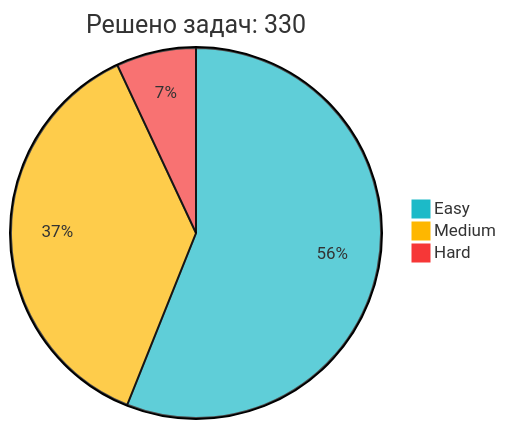
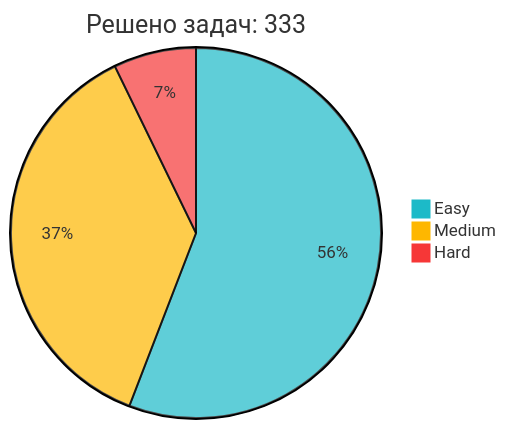
The diagram in README.md (IliaKurdukov/IliaKurdukov), drawn with Mermaid before and after one commit. The commit also changed other lines of this file, not shown here.

Commit message:
📈 Обновление статистики LeetCode

````diff
--- a/README.md
+++ b/README.md
@@ -51,7 +51,7 @@
 ```mermaid
 %%{init: {'theme': 'base', 'themeVariables': { 'pie1': '#1CBAC8', 'pie2': '#FEB700', 'pie3': '#F63737' }, 'config': {'width': 300, 'height': 200}}}%%
-pie title Решено задач: 330
-   "Easy" : 185
-   "Medium" : 122
-   "Hard" : 23
+pie title Решено задач: 333
+   "Easy" : 186
+   "Medium" : 123
+   "Hard" : 24
 ```
````
